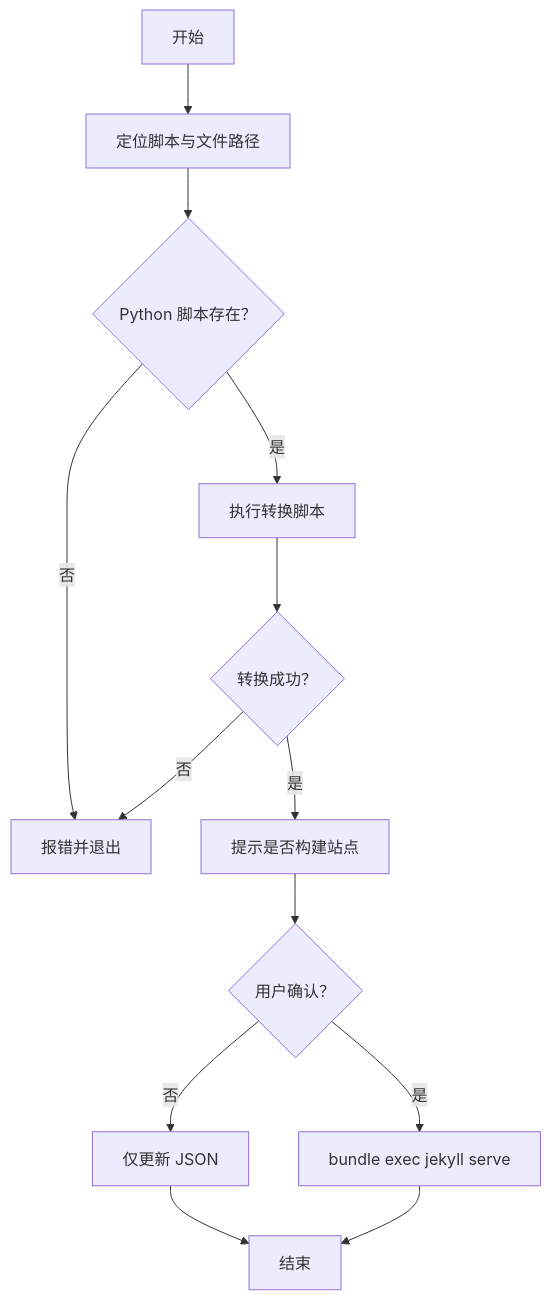
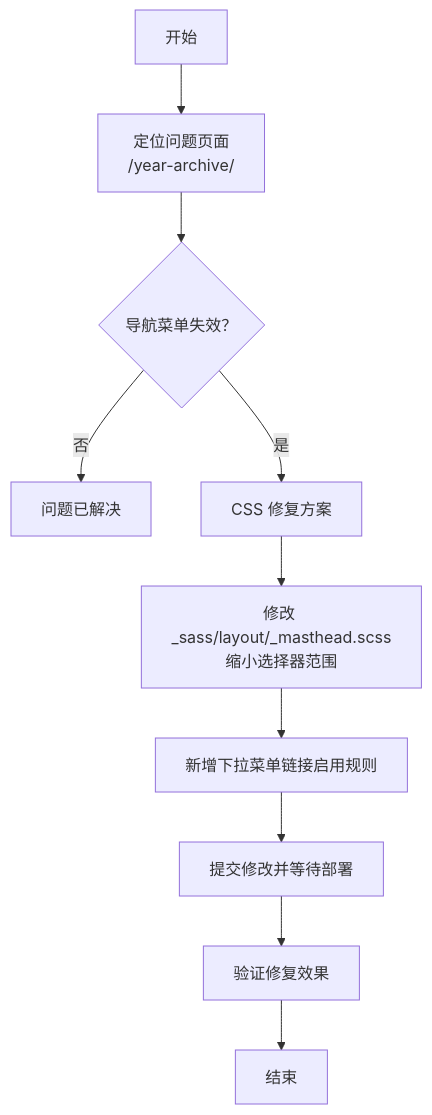
Before and after one commit to CoolPig0720/CoolPig0720.github.io: the fifth of 6 diagrams in .qoder/repowiki/zh/content/部署和维护/部署和维护.md, drawn with Mermaid. The commit also changed other lines of this file and 36 other files, not shown here.

````diff
--- a/.qoder/repowiki/zh/content/部署和维护/部署和维护.md
+++ b/.qoder/repowiki/zh/content/部署和维护/部署和维护.md
@@ -248,15 +247,12 @@
 ```mermaid
 flowchart TD
-A["开始"] --> B["定位脚本与文件路径"]
-B --> C{"Python 脚本存在？"}
-C --> |否| E["报错并退出"]
-C --> |是| D["执行转换脚本"]
-D --> F{"转换成功？"}
-F --> |否| E
-F --> |是| G["提示是否构建站点"]
-G --> H{"用户确认？"}
-H --> |否| I["仅更新 JSON"]
-H --> |是| J["bundle exec jekyll serve"]
-I --> K["结束"]
-J --> K["结束"]
+A["开始"] --> B["定位问题页面<br/>/year-archive/"]
+B --> C{"导航菜单失效？"}
+C --> |否| D["问题已解决"]
+C --> |是| E["CSS 修复方案"]
+E --> F["修改 _sass/layout/_masthead.scss<br/>缩小选择器范围"]
+F --> G["新增下拉菜单链接启用规则"]
+G --> H["提交修改并等待部署"]
+H --> I["验证修复效果"]
+I --> J["结束"]
 ```
````
